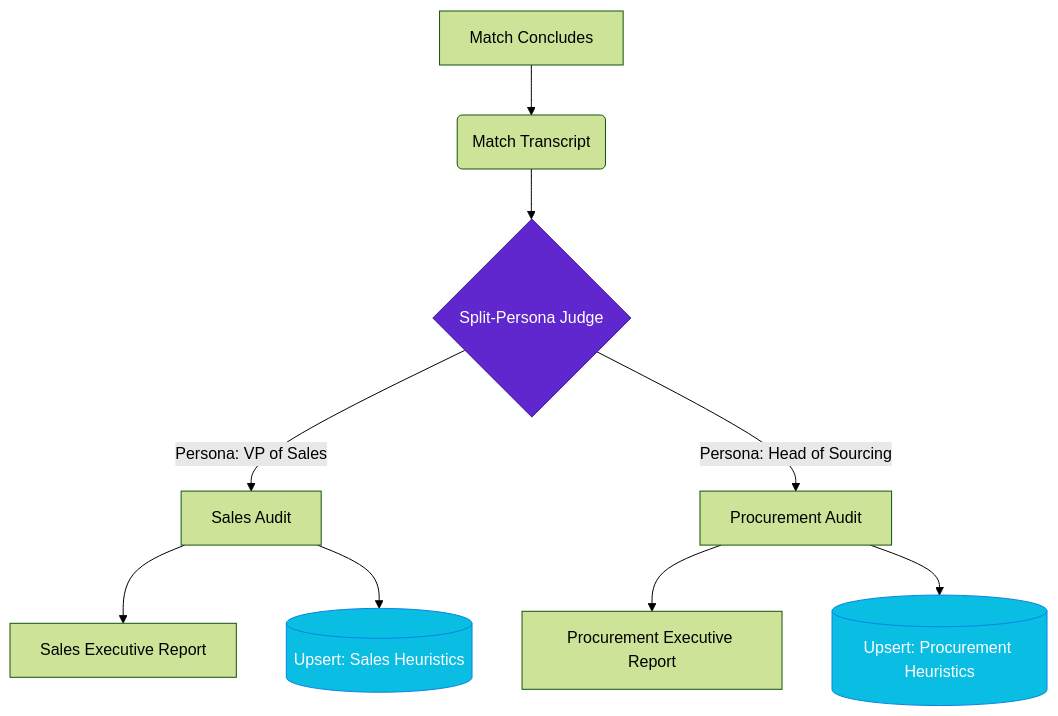
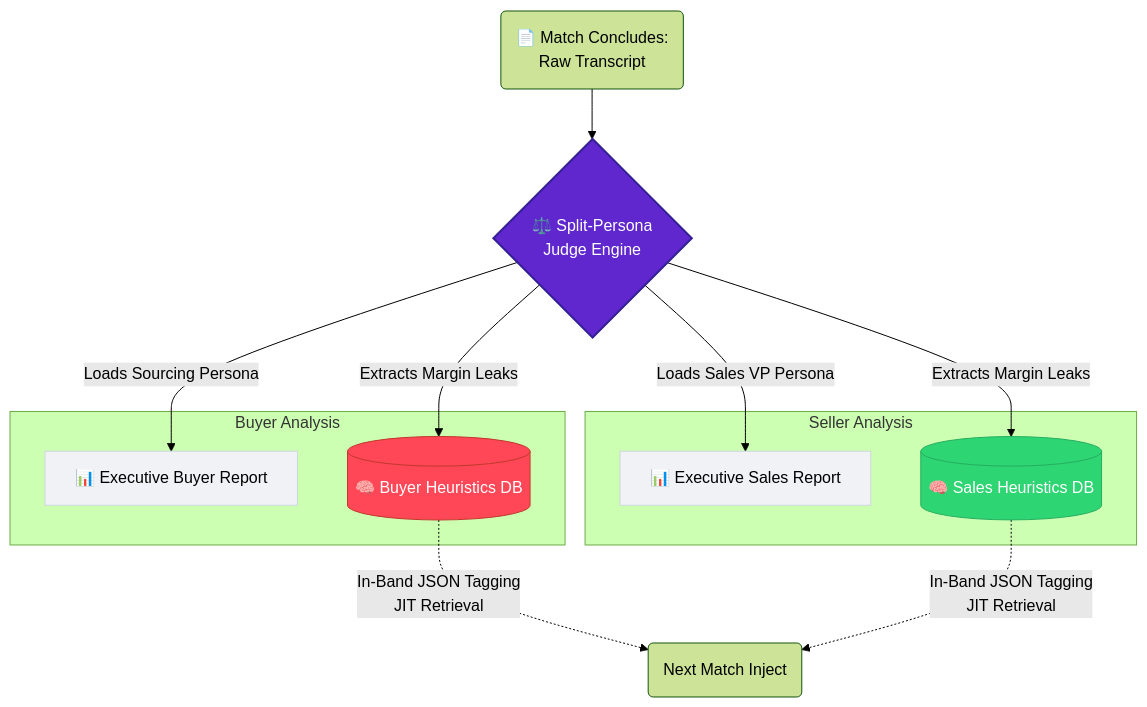
The second of 2 diagrams in README.md (Sarath-peddireddy/Zero__Leak__OS), drawn with Mermaid (forest theme) before and after one commit. The commit also changed other lines of this file, not shown here.

Commit message:
docs: optimize mermaid architecture diagrams for symmetry and readability

````diff
--- a/README.md
+++ b/README.md
@@ -53,19 +60,33 @@
 ```mermaid
-graph TD
-    A[Match Concludes] --> B(Match Transcript)
-    B --> C{Split-Persona Judge}
-    
-    C -->|Persona: VP of Sales| D[Sales Audit]
-    C -->|Persona: Head of Sourcing| E[Procurement Audit]
-    
-    D --> F[Sales Executive Report]
-    D --> G[(Upsert: Sales Heuristics)]
-    
-    E --> H[Procurement Executive Report]
-    E --> I[(Upsert: Procurement Heuristics)]
+flowchart TD
+    Transcript(📄 Match Concludes:<br/>Raw Transcript) --> Judge{⚖️ Split-Persona<br/>Judge Engine}
 
-    style C fill:#5f27cd,stroke:#341f97,color:#fff
-    style G fill:#0abde3,stroke:#0984e3,color:#fff
-    style I fill:#0abde3,stroke:#0984e3,color:#fff
+    %% Procurement Analysis Route
+    subgraph ProcEval [Buyer Analysis]
+        ProcReport[📊 Executive Buyer Report]
+        ProcHeuristics[(🧠 Buyer Heuristics DB)]
+    end
 
+    %% Sales Analysis Route
+    subgraph SalesEval [Seller Analysis]
+        SalesReport[📊 Executive Sales Report]
+        SalesHeuristics[(🧠 Sales Heuristics DB)]
+    end
+
+    %% Judge links (declared outside the boxes so the Judge stays above both)
+    Judge -->|Loads Sourcing Persona| ProcReport
+    Judge -->|Extracts Margin Leaks| ProcHeuristics
+    Judge -->|Loads Sales VP Persona| SalesReport
+    Judge -->|Extracts Margin Leaks| SalesHeuristics
+
+    %% RLHF Feedback Loop
+    ProcHeuristics -.->|In-Band JSON Tagging<br/>JIT Retrieval| NextMatch(Next Match Inject)
+    SalesHeuristics -.->|In-Band JSON Tagging<br/>JIT Retrieval| NextMatch
+
+    %% Custom Colors
+    style Judge fill:#5f27cd,stroke:#341f97,color:#fff,stroke-width:2px
+    style ProcHeuristics fill:#ff4757,stroke:#c0392b,color:#fff
+    style SalesHeuristics fill:#2ed573,stroke:#27ae60,color:#fff
+    style ProcReport fill:#f1f2f6,stroke:#ced6e0
+    style SalesReport fill:#f1f2f6,stroke:#ced6e0
 ```
````
